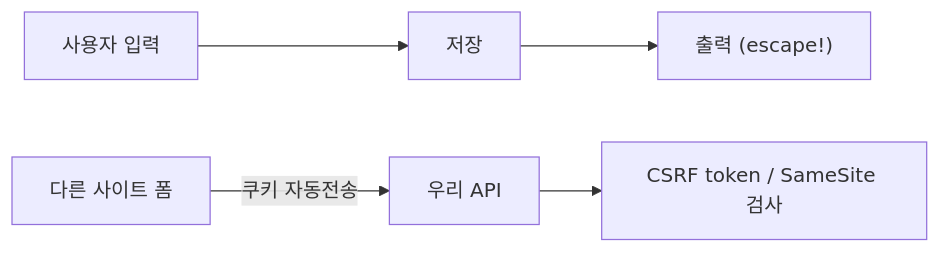
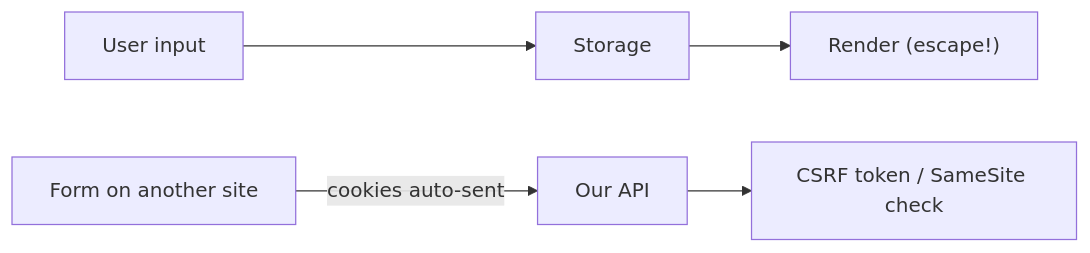
One commit to yeongseon-books/book-content changed the diagram in content/secure-coding-101/ko/08-xss-and-csrf.md. Above: the diagram before and after it, drawn with Mermaid. The commit also changed other lines of this file and 9 other files, not shown here.

````diff
--- a/content/secure-coding-101/ko/08-xss-and-csrf.md
+++ b/content/secure-coding-101/ko/08-xss-and-csrf.md
@@ -35,7 +49,7 @@
 ```mermaid
 flowchart LR
-    Input["사용자 입력"] --> Store["저장"]
-    Store --> Render["출력 (escape!)"]
-    Form["다른 사이트 폼"] -->|쿠키 자동전송| API["우리 API"]
-    API --> Csrf["CSRF token / SameSite 검사"]
+    Input["User input"] --> Store["Storage"]
+    Store --> Render["Render (escape!)"]
+    Form["Form on another site"] -->|cookies auto-sent| API["Our API"]
+    API --> Csrf["CSRF token / SameSite check"]
 ```
````
